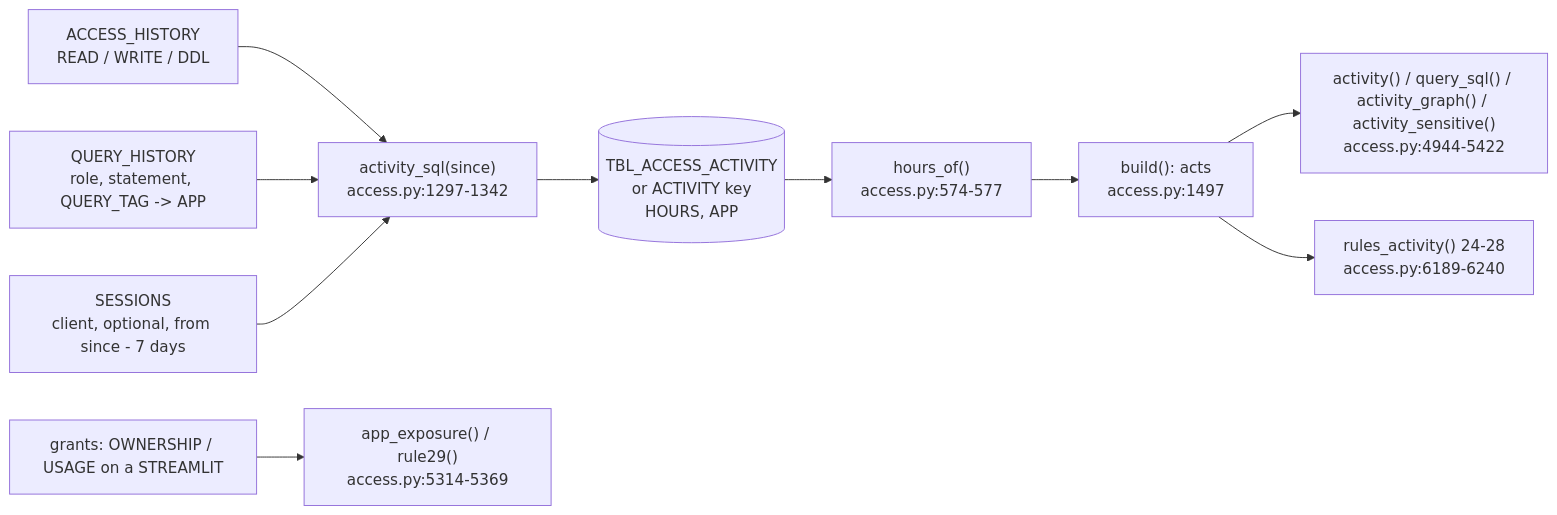
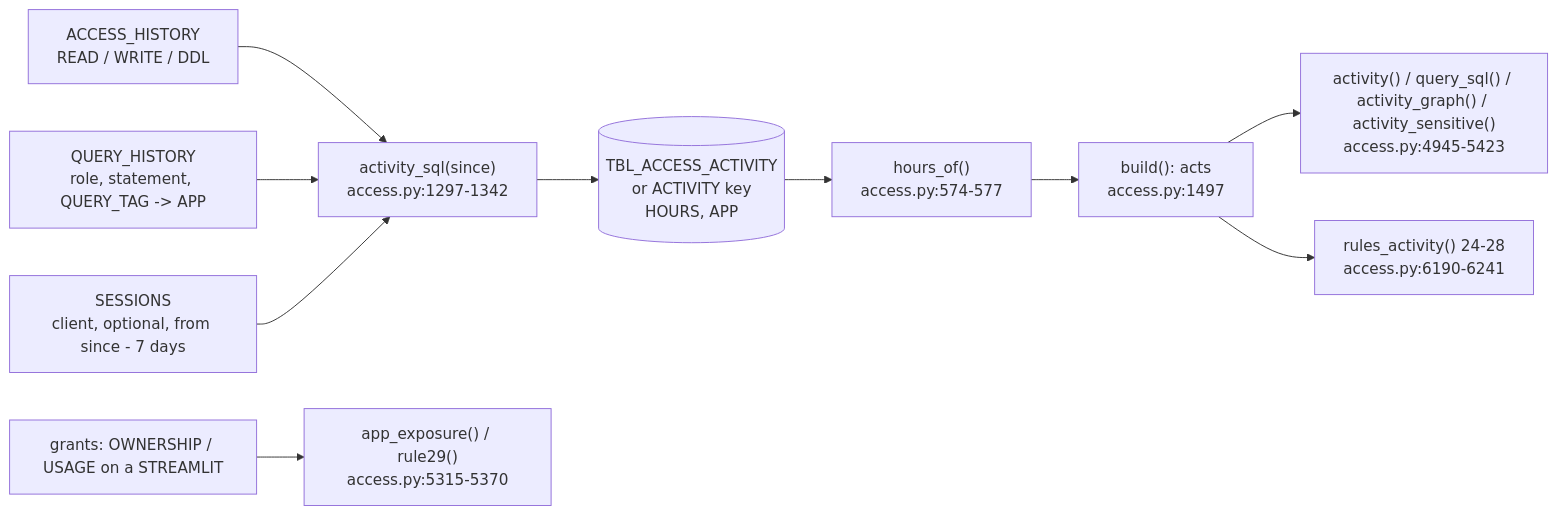
One commit to darshanmeel/snowflake-access-explorer changed the diagram in snowflake-access-explorer-knowledge-graph/logic/activity.md. Above: the diagram before and after it, drawn with Mermaid. The commit also changed other lines of this file and 55 other files, not shown here.

Commit message:
Docs and knowledge graph: background refresh, saved reads, DuckDB rule walk, kept rule results; graph line refs re-synced

````diff
--- a/snowflake-access-explorer-knowledge-graph/logic/activity.md
+++ b/snowflake-access-explorer-knowledge-graph/logic/activity.md
@@ -6,12 +6,12 @@
 ```mermaid
 flowchart LR
   AH[ACCESS_HISTORY<br/>READ / WRITE / DDL] --> SQLA["activity_sql(since)<br/>access.py:1297-1342"]
   QH[QUERY_HISTORY<br/>role, statement, QUERY_TAG -> APP] --> SQLA
   SE[SESSIONS<br/>client, optional, from since - 7 days] --> SQLA
   SQLA --> T[(TBL_ACCESS_ACTIVITY<br/>or ACTIVITY key<br/>HOURS, APP)]
   T --> HO["hours_of()<br/>access.py:574-577"]
   HO --> ACTS["build(): acts<br/>access.py:1497"]
-  ACTS --> TAB["activity() / query_sql() / activity_graph() / activity_sensitive()<br/>access.py:4944-5422"]
-  ACTS --> R["rules_activity() 24-28<br/>access.py:6189-6240"]
-  G[grants: OWNERSHIP / USAGE on a STREAMLIT] --> AX["app_exposure() / rule29()<br/>access.py:5314-5369"]
+  ACTS --> TAB["activity() / query_sql() / activity_graph() / activity_sensitive()<br/>access.py:4945-5423"]
+  ACTS --> R["rules_activity() 24-28<br/>access.py:6190-6241"]
+  G[grants: OWNERSHIP / USAGE on a STREAMLIT] --> AX["app_exposure() / rule29()<br/>access.py:5315-5370"]
 ```
````
